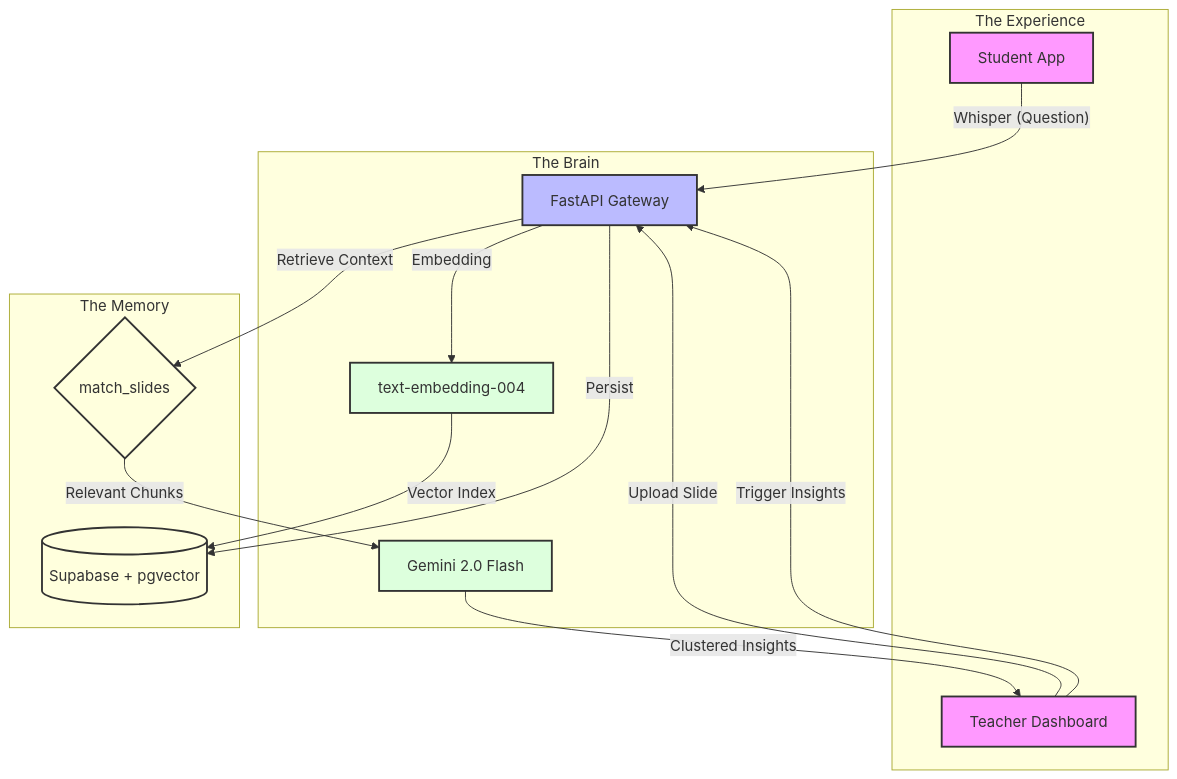
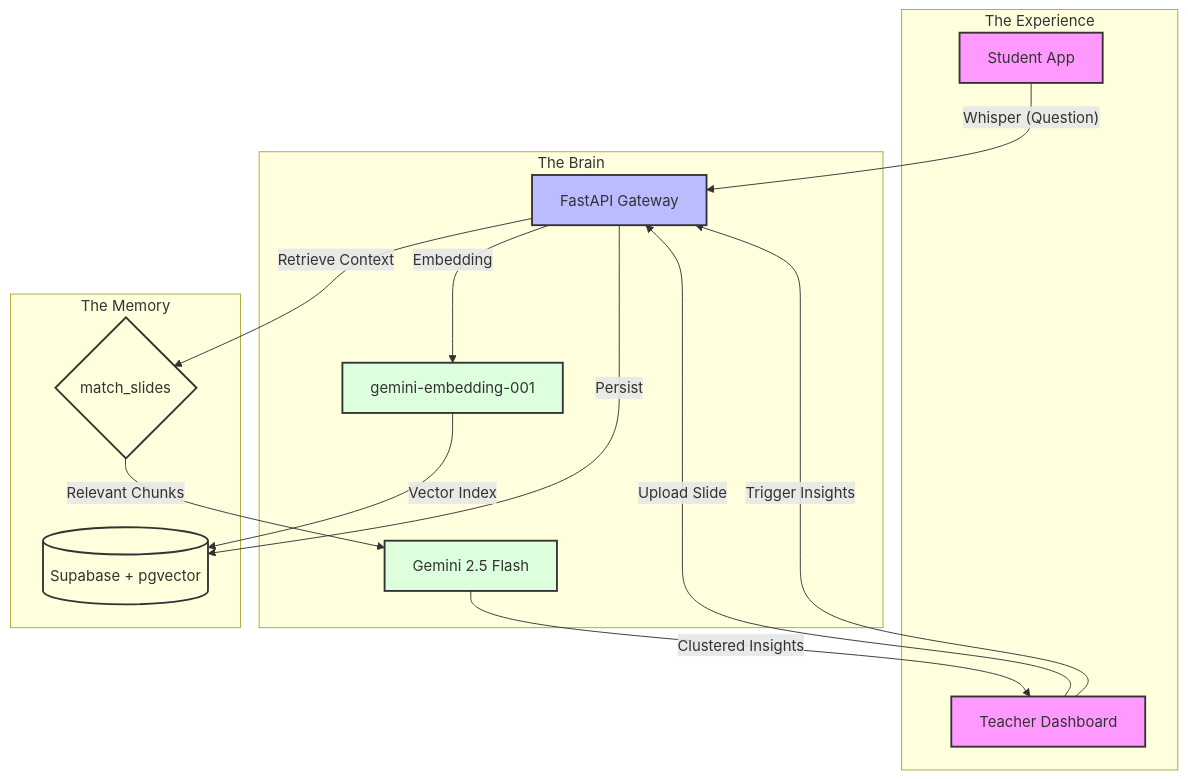
One commit to MarkeloPuangpoo/WhisperHunt-AI changed the diagram in README.md. Above: the diagram before and after it, drawn with Mermaid. The commit also changed other lines of this file and 14 other files, not shown here.

````diff
--- a/README.md
+++ b/README.md
@@ -25,37 +25,37 @@
 ```mermaid
 graph TD
     %% Global Styles
     classDef frontend fill:#f9f,stroke:#333,stroke-width:2px;
     classDef backend fill:#bbf,stroke:#333,stroke-width:2px;
     classDef ai fill:#dfd,stroke:#333,stroke-width:2px;
     classDef db fill:#ffd,stroke:#333,stroke-width:2px;
 
     subgraph "The Experience"
         S[Student App]:::frontend
         T[Teacher Dashboard]:::frontend
     end
 
     subgraph "The Brain"
         API[FastAPI Gateway]:::backend
-        EMB[text-embedding-004]:::ai
-        GEN[Gemini 2.0 Flash]:::ai
+        EMB[gemini-embedding-001]:::ai
+        GEN[Gemini 2.5 Flash]:::ai
     end
 
     subgraph "The Memory"
         DB[(Supabase + pgvector)]:::db
         VEC{match_slides}:::db
     end
 
     %% Flows
     T -- "Upload Slide" --> API
     API -- "Embedding" --> EMB
     EMB -- "Vector Index" --> DB
 
     S -- "Whisper (Question)" --> API
     API -- "Persist" --> DB
 
     T -- "Trigger Insights" --> API
     API -- "Retrieve Context" --> VEC
     VEC -- "Relevant Chunks" --> GEN
     GEN -- "Clustered Insights" --> T
 ```
````
